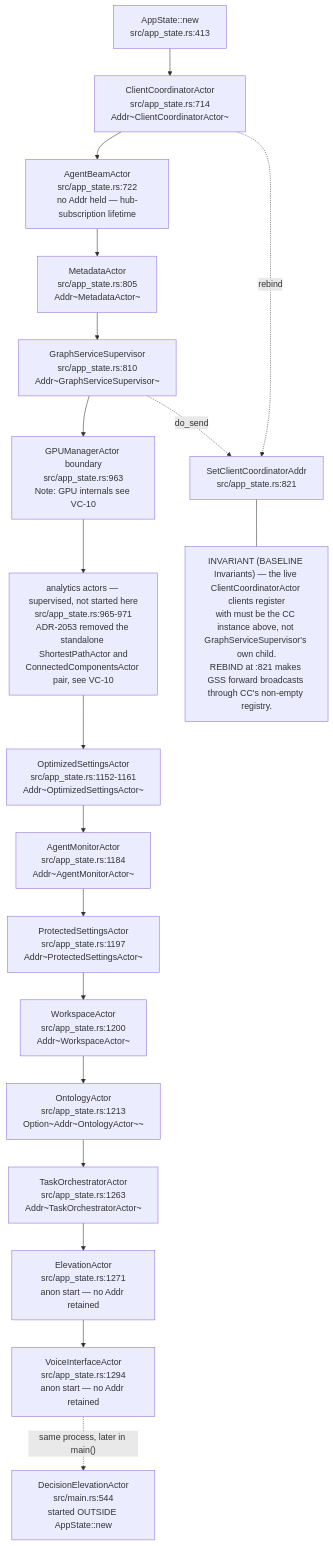
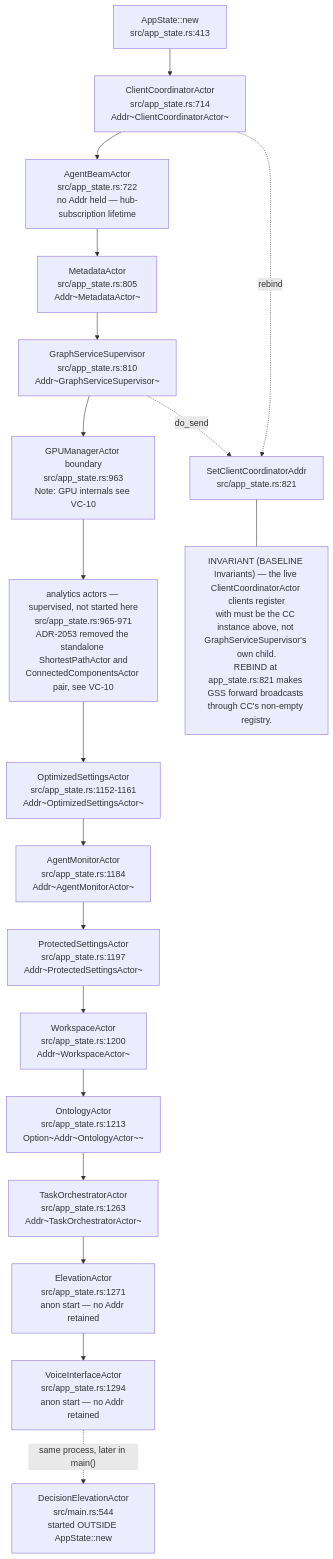
The first of 20 diagrams in docs/diagrams/visionclaw/02-actor-supervision.md (DreamLab-AI/VisionFlow), drawn with Mermaid before and after one commit. The commit also changed other lines of this file and 52 other files, not shown here.

First line of the commit message:
docs(diagrams): wave 3 checkpoint — bare line refs resolved, revision-pinned cite-check, VC-05/AB-01..13 re-attested

````diff
--- a/docs/diagrams/visionclaw/02-actor-supervision.md
+++ b/docs/diagrams/visionclaw/02-actor-supervision.md
@@ -40,41 +40,41 @@
 ```mermaid
 flowchart TB
     APP["AppState::new<br/>src/app_state.rs:413"]
     CC["ClientCoordinatorActor<br/>src/app_state.rs:714<br/>Addr~ClientCoordinatorActor~"]
     AB["AgentBeamActor<br/>src/app_state.rs:722<br/>no Addr held — hub-subscription lifetime"]
     MD["MetadataActor<br/>src/app_state.rs:805<br/>Addr~MetadataActor~"]
     GSS["GraphServiceSupervisor<br/>src/app_state.rs:810<br/>Addr~GraphServiceSupervisor~"]
     REBIND["SetClientCoordinatorAddr<br/>src/app_state.rs:821"]
     GPU["GPUManagerActor boundary<br/>src/app_state.rs:963<br/>Note: GPU internals see VC-10"]
     ANA["analytics actors — supervised, not started here<br/>src/app_state.rs:965-971<br/>ADR-2053 removed the standalone ShortestPathActor and<br/>ConnectedComponentsActor pair, see VC-10"]
     SET["OptimizedSettingsActor<br/>src/app_state.rs:1152-1161<br/>Addr~OptimizedSettingsActor~"]
     AM["AgentMonitorActor<br/>src/app_state.rs:1184<br/>Addr~AgentMonitorActor~"]
     PS["ProtectedSettingsActor<br/>src/app_state.rs:1197<br/>Addr~ProtectedSettingsActor~"]
     WS["WorkspaceActor<br/>src/app_state.rs:1200<br/>Addr~WorkspaceActor~"]
     ONT["OntologyActor<br/>src/app_state.rs:1213<br/>Option~Addr~OntologyActor~~"]
     TO["TaskOrchestratorActor<br/>src/app_state.rs:1263<br/>Addr~TaskOrchestratorActor~"]
     EL["ElevationActor<br/>src/app_state.rs:1271<br/>anon start — no Addr retained"]
     VI["VoiceInterfaceActor<br/>src/app_state.rs:1294<br/>anon start — no Addr retained"]
     DE["DecisionElevationActor<br/>src/main.rs:544<br/>started OUTSIDE AppState::new"]
 
     APP --> CC
     CC --> AB
     CC -.->|"rebind"| REBIND
     AB --> MD
     MD --> GSS
     GSS -.->|"do_send"| REBIND
     GSS --> GPU
     GPU --> ANA
     ANA --> SET
     SET --> AM
     AM --> PS
     PS --> WS
     WS --> ONT
     ONT --> TO
     TO --> EL
     EL --> VI
     VI -.->|"same process, later in main()"| DE
 
-    N1["INVARIANT (BASELINE Invariants) — the live ClientCoordinatorActor clients register<br/>with must be the CC instance above, not GraphServiceSupervisor's own child.<br/>REBIND at :821 makes GSS forward broadcasts through CC's non-empty registry."]
+    N1["INVARIANT (BASELINE Invariants) — the live ClientCoordinatorActor clients register<br/>with must be the CC instance above, not GraphServiceSupervisor's own child.<br/>REBIND at app_state.rs:821 makes GSS forward broadcasts through CC's non-empty registry."]
     REBIND --- N1
 ```
````
